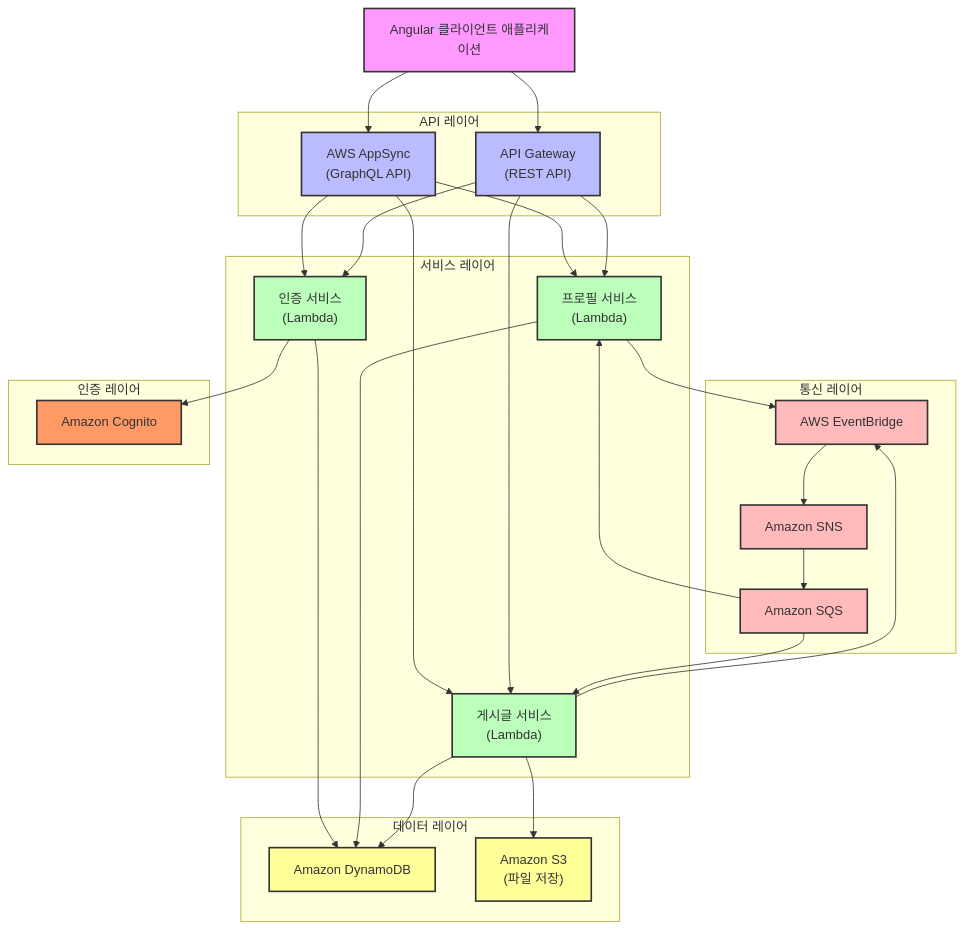
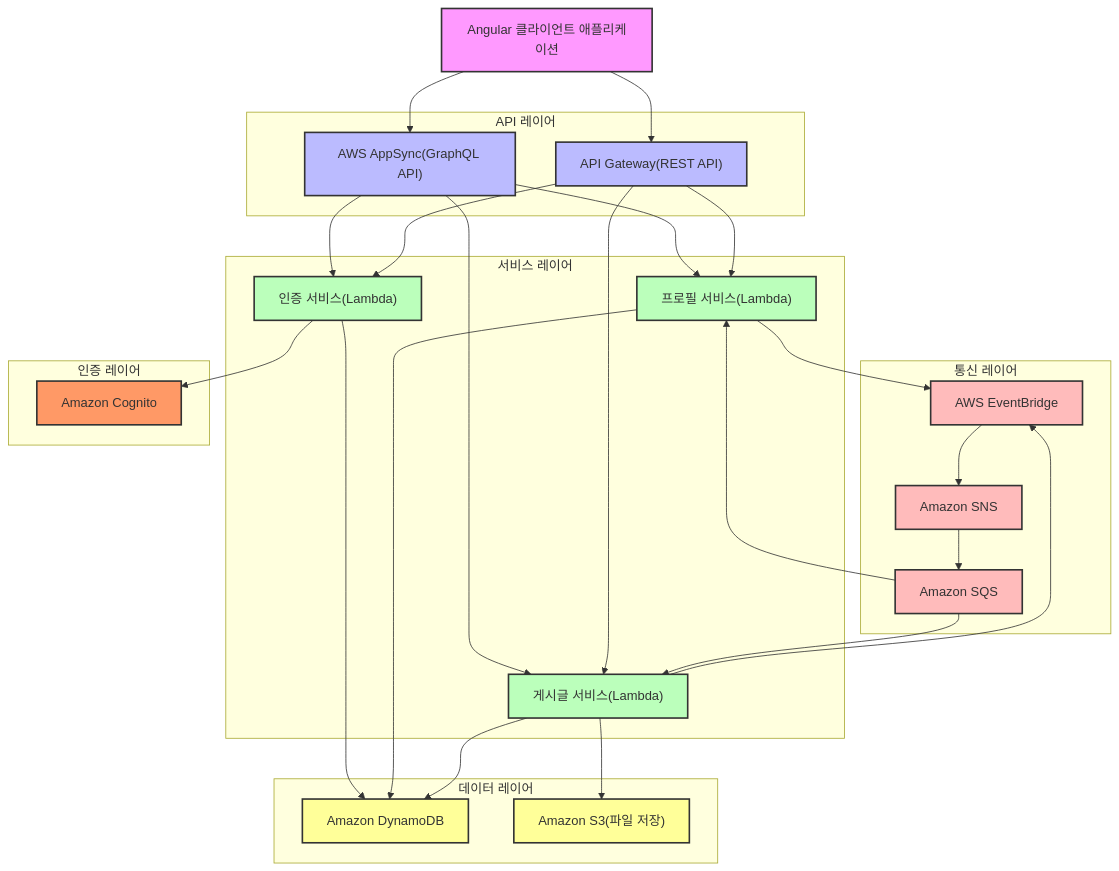
The second of 2 diagrams in README.md (serithemage/Serverless-RealWorld), drawn with Mermaid before and after one commit. The commit also changed other lines of this file and 1 other file, not shown here.

````diff
--- a/README.md
+++ b/README.md
@@ -65,69 +65,69 @@
 ```mermaid
 flowchart TD
     Client["Angular 클라이언트 애플리케이션"]
     
     subgraph "API 레이어"
-        AppSync["AWS AppSync\n(GraphQL API)"]
-        APIGateway["API Gateway\n(REST API)"]
+        AppSync["AWS AppSync(GraphQL API)"]
+        APIGateway["API Gateway(REST API)"]
     end
     
     subgraph "서비스 레이어"
-        AuthLambda["인증 서비스\n(Lambda)"]
-        ProfileLambda["프로필 서비스\n(Lambda)"]
-        ArticleLambda["게시글 서비스\n(Lambda)"]
+        AuthLambda["인증 서비스(Lambda)"]
+        ProfileLambda["프로필 서비스(Lambda)"]
+        ArticleLambda["게시글 서비스(Lambda)"]
     end
     
     subgraph "통신 레이어"
         EventBridge["AWS EventBridge"]
         SNS["Amazon SNS"]
         SQS["Amazon SQS"]
     end
     
     subgraph "데이터 레이어"
         DynamoDB["Amazon DynamoDB"]
-        S3["Amazon S3\n(파일 저장)"]
+        S3["Amazon S3(파일 저장)"]
     end
     
     subgraph "인증 레이어"
         Cognito["Amazon Cognito"]
     end
     
     Client --> AppSync
     Client --> APIGateway
     
     AppSync --> AuthLambda
     AppSync --> ProfileLambda
     AppSync --> ArticleLambda
     
     APIGateway --> AuthLambda
     APIGateway --> ProfileLambda
     APIGateway --> ArticleLambda
     
     AuthLambda --> Cognito
     AuthLambda --> DynamoDB
     
     ProfileLambda --> DynamoDB
     ProfileLambda --> EventBridge
     
     ArticleLambda --> DynamoDB
     ArticleLambda --> S3
     ArticleLambda --> EventBridge
     
     EventBridge --> SNS
     SNS --> SQS
     SQS --> ProfileLambda
     SQS --> ArticleLambda
     
     style Client fill:#f9f,stroke:#333,stroke-width:2px
     style AppSync fill:#bbf,stroke:#333,stroke-width:2px
     style APIGateway fill:#bbf,stroke:#333,stroke-width:2px
     style AuthLambda fill:#bfb,stroke:#333,stroke-width:2px
     style ProfileLambda fill:#bfb,stroke:#333,stroke-width:2px
     style ArticleLambda fill:#bfb,stroke:#333,stroke-width:2px
     style EventBridge fill:#fbb,stroke:#333,stroke-width:2px
     style SNS fill:#fbb,stroke:#333,stroke-width:2px
     style SQS fill:#fbb,stroke:#333,stroke-width:2px
     style DynamoDB fill:#ff9,stroke:#333,stroke-width:2px
     style S3 fill:#ff9,stroke:#333,stroke-width:2px
     style Cognito fill:#f96,stroke:#333,stroke-width:2px
 ```
````
